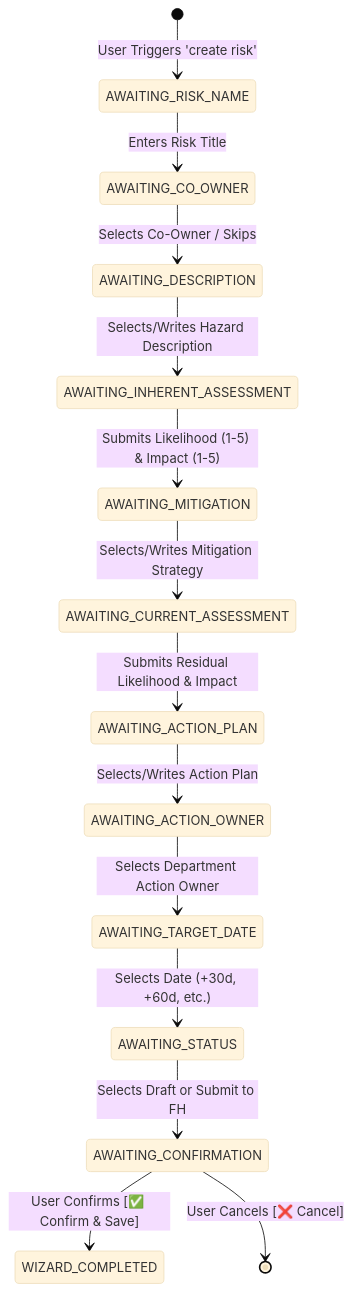
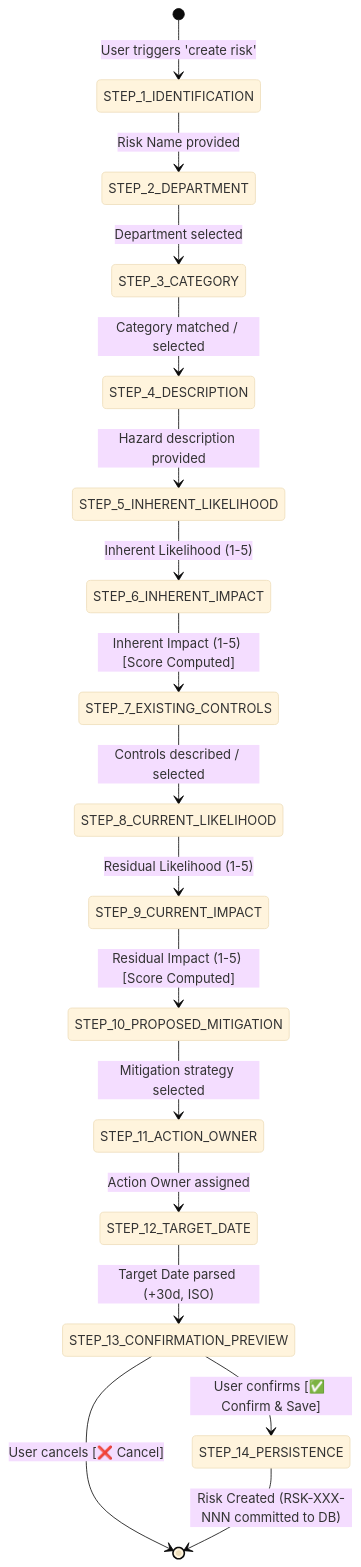
One commit to jasminbabariya22-eng/Enterprise-Risk-Management-System changed the diagram in ERM_Copilot/docs/agents/02_RISK_CREATION_AGENT.md. Above: the diagram before and after it, drawn with Mermaid (base theme). The commit also changed other lines of this file and 21 other files, not shown here.

````diff
--- a/ERM_Copilot/docs/agents/02_RISK_CREATION_AGENT.md
+++ b/ERM_Copilot/docs/agents/02_RISK_CREATION_AGENT.md
@@ -16,16 +21,19 @@
 ```mermaid
 stateDiagram-v2
-    [*] --> AWAITING_RISK_NAME: User Triggers 'create risk'
-    AWAITING_RISK_NAME --> AWAITING_CO_OWNER: Enters Risk Title
-    AWAITING_CO_OWNER --> AWAITING_DESCRIPTION: Selects Co-Owner / Skips
-    AWAITING_DESCRIPTION --> AWAITING_INHERENT_ASSESSMENT: Selects/Writes Hazard Description
-    AWAITING_INHERENT_ASSESSMENT --> AWAITING_MITIGATION: Submits Likelihood (1-5) & Impact (1-5)
-    AWAITING_MITIGATION --> AWAITING_CURRENT_ASSESSMENT: Selects/Writes Mitigation Strategy
-    AWAITING_CURRENT_ASSESSMENT --> AWAITING_ACTION_PLAN: Submits Residual Likelihood & Impact
-    AWAITING_ACTION_PLAN --> AWAITING_ACTION_OWNER: Selects/Writes Action Plan
-    AWAITING_ACTION_OWNER --> AWAITING_TARGET_DATE: Selects Department Action Owner
-    AWAITING_TARGET_DATE --> AWAITING_STATUS: Selects Date (+30d, +60d, etc.)
-    AWAITING_STATUS --> AWAITING_CONFIRMATION: Selects Draft or Submit to FH
-    AWAITING_CONFIRMATION --> WIZARD_COMPLETED: User Confirms [✅ Confirm & Save]
-    AWAITING_CONFIRMATION --> [*]: User Cancels [❌ Cancel]
+    [*] --> STEP_1_IDENTIFICATION: User triggers 'create risk'
+    STEP_1_IDENTIFICATION --> STEP_2_DEPARTMENT: Risk Name provided
+    STEP_2_DEPARTMENT --> STEP_3_CATEGORY: Department selected
+    STEP_3_CATEGORY --> STEP_4_DESCRIPTION: Category matched / selected
+    STEP_4_DESCRIPTION --> STEP_5_INHERENT_LIKELIHOOD: Hazard description provided
+    STEP_5_INHERENT_LIKELIHOOD --> STEP_6_INHERENT_IMPACT: Inherent Likelihood (1-5)
+    STEP_6_INHERENT_IMPACT --> STEP_7_EXISTING_CONTROLS: Inherent Impact (1-5) [Score Computed]
+    STEP_7_EXISTING_CONTROLS --> STEP_8_CURRENT_LIKELIHOOD: Controls described / selected
+    STEP_8_CURRENT_LIKELIHOOD --> STEP_9_CURRENT_IMPACT: Residual Likelihood (1-5)
+    STEP_9_CURRENT_IMPACT --> STEP_10_PROPOSED_MITIGATION: Residual Impact (1-5) [Score Computed]
+    STEP_10_PROPOSED_MITIGATION --> STEP_11_ACTION_OWNER: Mitigation strategy selected
+    STEP_11_ACTION_OWNER --> STEP_12_TARGET_DATE: Action Owner assigned
+    STEP_12_TARGET_DATE --> STEP_13_CONFIRMATION_PREVIEW: Target Date parsed (+30d, ISO)
+    STEP_13_CONFIRMATION_PREVIEW --> STEP_14_PERSISTENCE: User confirms [✅ Confirm & Save]
+    STEP_13_CONFIRMATION_PREVIEW --> [*]: User cancels [❌ Cancel]
+    STEP_14_PERSISTENCE --> [*]: Risk Created (RSK-XXX-NNN committed to DB)
 ```
````
